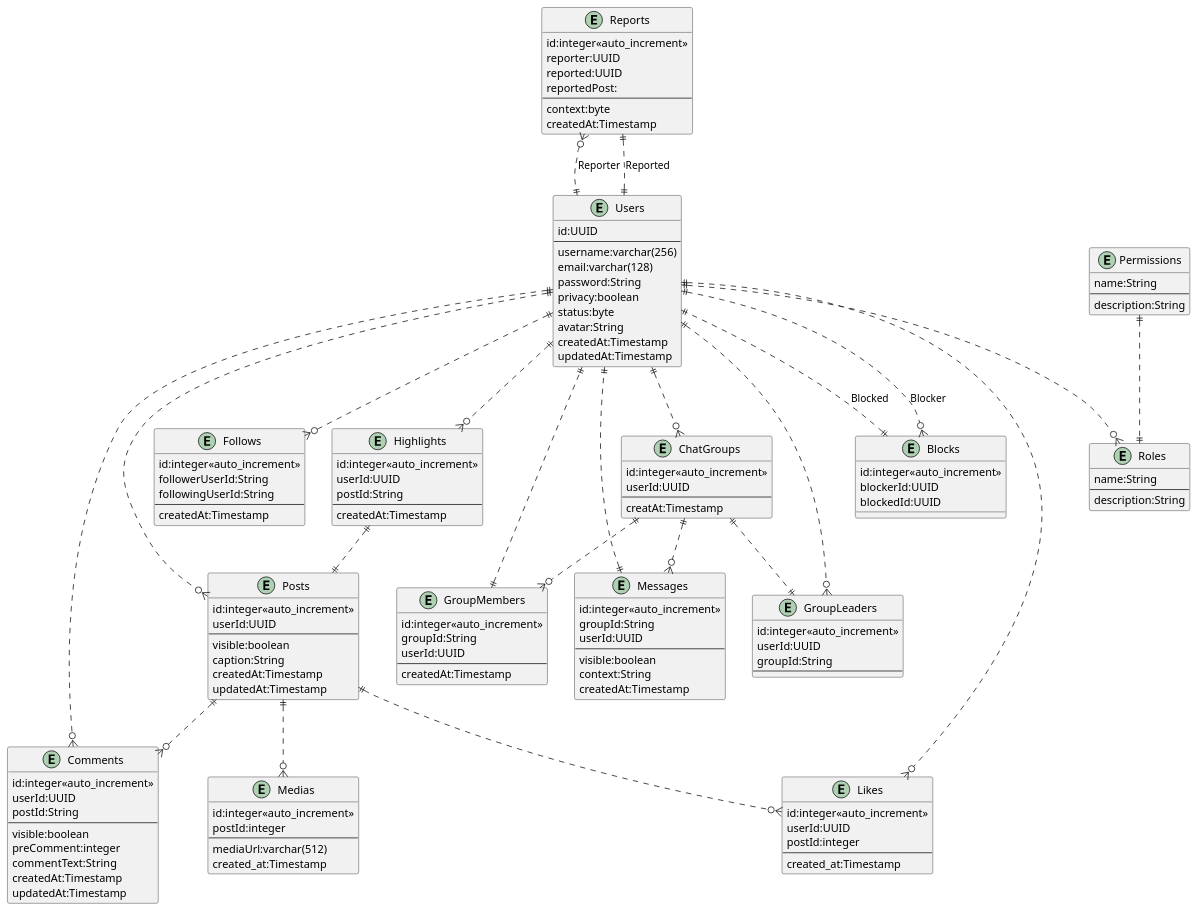
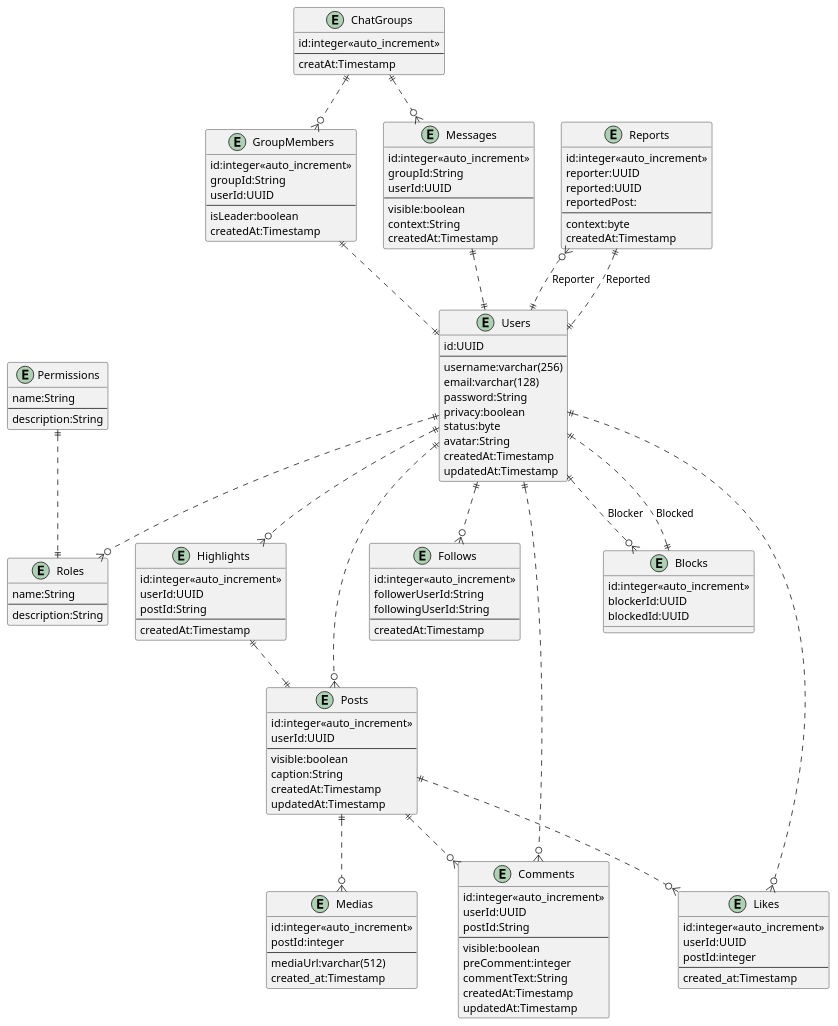
Before and after one commit to KhuongVo2105/Chat_Application: the diagram in Prototypes/erd.plantuml, drawn with PlantUML. The commit also changed 3 other files, not shown here.

```diff
--- a/Prototypes/erd.plantuml
+++ b/Prototypes/erd.plantuml
@@ -1,155 +1,145 @@
 @startuml
 
 entity "Users" as u {
     id:UUID
     --
     username:varchar(256)
     email:varchar(128)
     password:String
     privacy:boolean  /'Public || Private'/
     status:byte     /'trang thai cua nguoi dung. Han che, thoai mai, chua xac thuc'/
     avatar:String   /'anh dai dien nguoi dung'/
     createdAt:Timestamp
     updatedAt:Timestamp
 }
 
 entity "Likes" as l {
     id:integer<<auto_increment>> 
     userId:UUID
     postId:integer
     --
     created_at:Timestamp
 }
 
 entity "Posts" as p {
     id:integer<<auto_increment>>
     userId:UUID
     --
     visible:boolean /'True:hien thi, False: an'/
     caption:String
     createdAt:Timestamp
     updatedAt:Timestamp
 }
 
 entity "Medias" as m {
     id:integer<<auto_increment>>
     postId:integer
     --
     mediaUrl:varchar(512)
     created_at:Timestamp
 }
 
 entity "Comments" as c {
     id:integer<<auto_increment>>
     userId:UUID
     postId:String
     --
     visible:boolean /'True: hien'/
     preComment:integer
     commentText:String
     createdAt:Timestamp
     updatedAt:Timestamp
 }
 
 entity "Follows" as f {    
     id:integer<<auto_increment>>
     followerUserId:String
     followingUserId:String
     --
     createdAt:Timestamp
 }
 
 entity "ChatGroups" as g{
     id:integer<<auto_increment>>
-    userId:UUID
     ---
     creatAt:Timestamp
 }
 
 entity "GroupMembers" as mem{
     id:integer<<auto_increment>>
     groupId:String
     userId:UUID
     ---
+    isLeader:boolean
     createdAt:Timestamp
-}
-
-entity "GroupLeaders" as le{
-    id:integer<<auto_increment>>
-    userId:UUID
-    groupId:String
-    ---
 }
 
 entity "Messages" as me{
     id:integer<<auto_increment>>
     groupId:String
     userId:UUID
     ---
     visible:boolean
     context:String
     createdAt:Timestamp
 }
 
 entity "Roles" as ro{
     name:String
     ---
     description:String
 }
 
 entity "Permissions" as pe{
     name:String
     ---
     description:String
 }
 
 /'Tin noi bat'/
 entity "Highlights" as wl{
     id:integer<<auto_increment>>
     userId:UUID
     postId:String
     ---
     createdAt:Timestamp
 }
 
 /''/
 entity "Blocks" as bl{
     id:integer<<auto_increment>>
     blockerId:UUID
     blockedId:UUID
 }
 
 entity "Reports" as rp{
     id:integer<<auto_increment>>
     reporter:UUID /'id nguoi tao phieu report'/
     reported:UUID  /'id cua nguoi bi report'/
     reportedPost:   /'id cua bai post bi report'/
     ---
     context:byte
     createdAt:Timestamp
 }
 
 u ||..o{ p
 u ||..o{ f
 u ||..o{ l
 u ||..o{ c
-u ||..o{ g
-u ||..o{ le
 u ||..o{ ro
 u ||..o{ wl
 u ||..o{ bl : "Blocker"
 bl ||..|| u: "Blocked"
 p ||..o{ m
 p ||..o{ c
 p ||..o{ l
 g ||..o{ me
 me ||..|| u
 pe ||..|| ro
 g ||..o{ mem
 mem ||..|| u
-g ||..|| le
 wl ||..|| p
 rp }o..|| u : "Reporter"
 rp ||..|| u : "Reported"
 
 @enduml
```
